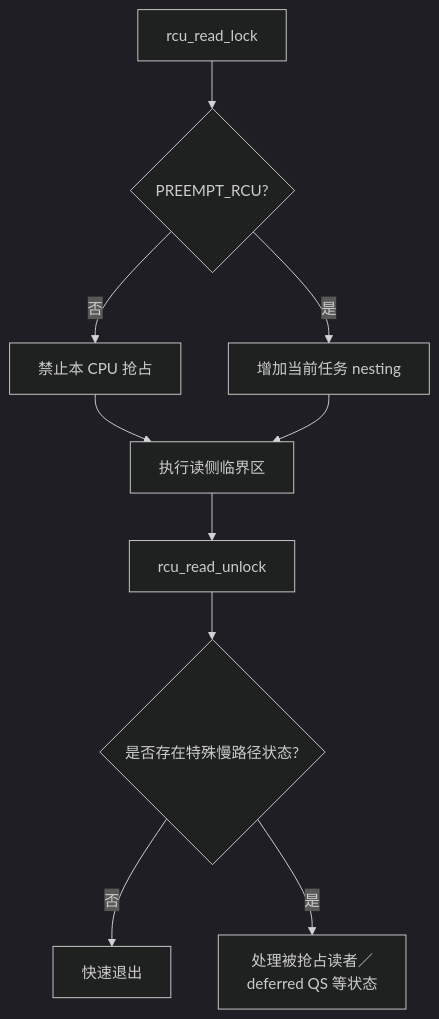
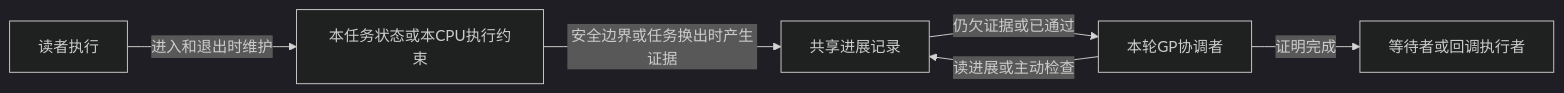
Before and after one commit to FormingSystem/linux_note: the ninth of 10 diagrams in knowledge/linux/synchronization_and_asynchrony/synchronization/rcu/P01_为什么需要_RCU.md, drawn with Mermaid (dark theme). The commit also changed other lines of this file and 6 other files, not shown here.

````diff
--- a/knowledge/linux/synchronization_and_asynchrony/synchronization/rcu/P01_为什么需要_RCU.md
+++ b/knowledge/linux/synchronization_and_asynchrony/synchronization/rcu/P01_为什么需要_RCU.md
@@ -444,12 +435,8 @@
 ```mermaid
-flowchart TD
-    E[rcu_read_lock] --> C{PREEMPT_RCU?}
-    C -->|否| P[禁止本 CPU 抢占]
-    C -->|是| T[增加当前任务 nesting]
-    P --> N[执行读侧临界区]
-    T --> N
-    N --> U[rcu_read_unlock]
-    U --> X{是否存在特殊慢路径状态?}
-    X -->|否| F[快速退出]
-    X -->|是| S[处理被抢占读者／<br/>deferred QS 等状态]
+flowchart LR
+    R[读者执行] -->|进入和退出时维护| L[本任务状态或本CPU执行约束]
+    L -->|安全边界或任务换出时产生证据| S[共享进展记录]
+    G[本轮GP协调者] -->|读进展或主动检查| S
+    S -->|仍欠证据或已通过| G
+    G -->|证明完成| W[等待者或回调执行者]
 ```
````
